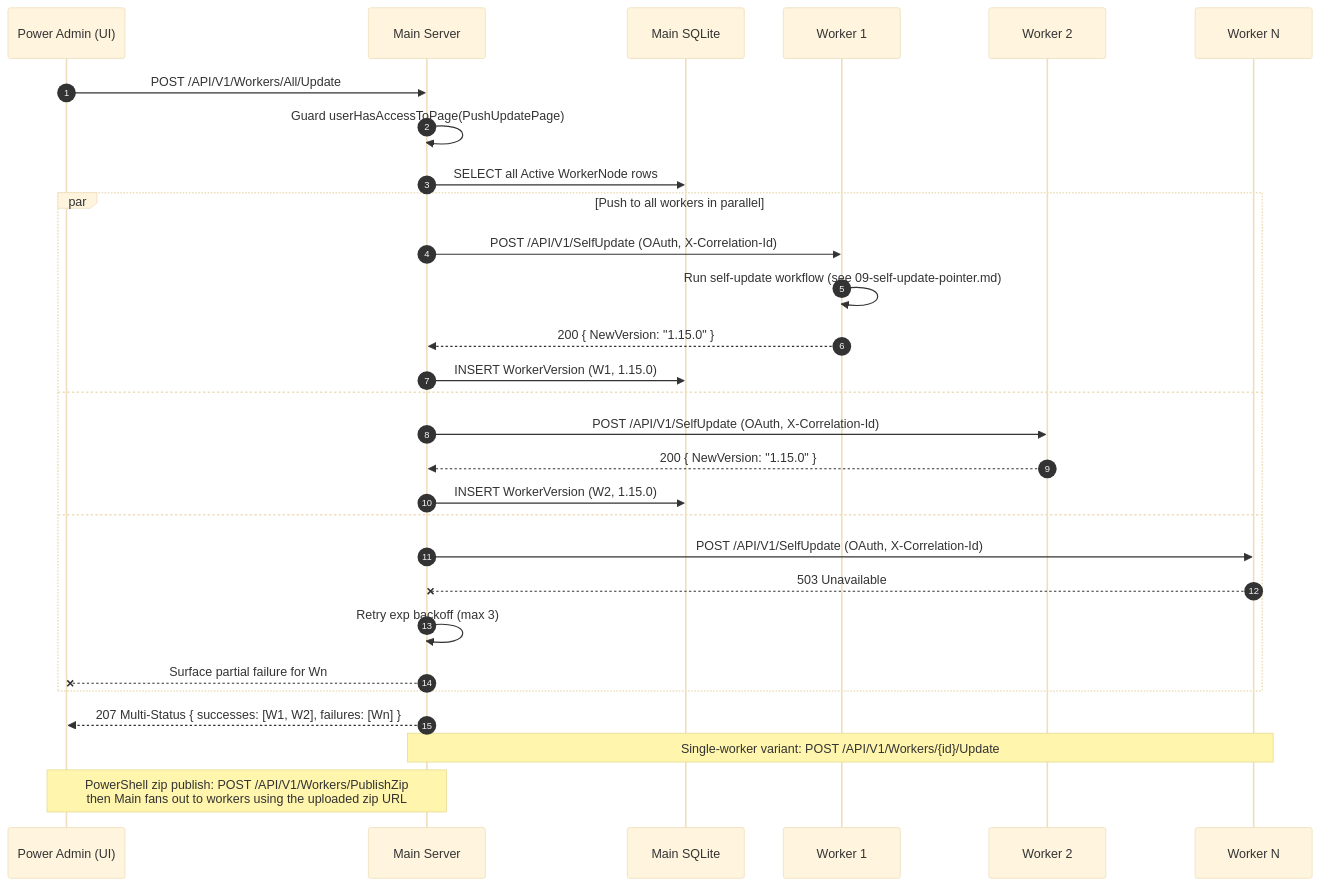
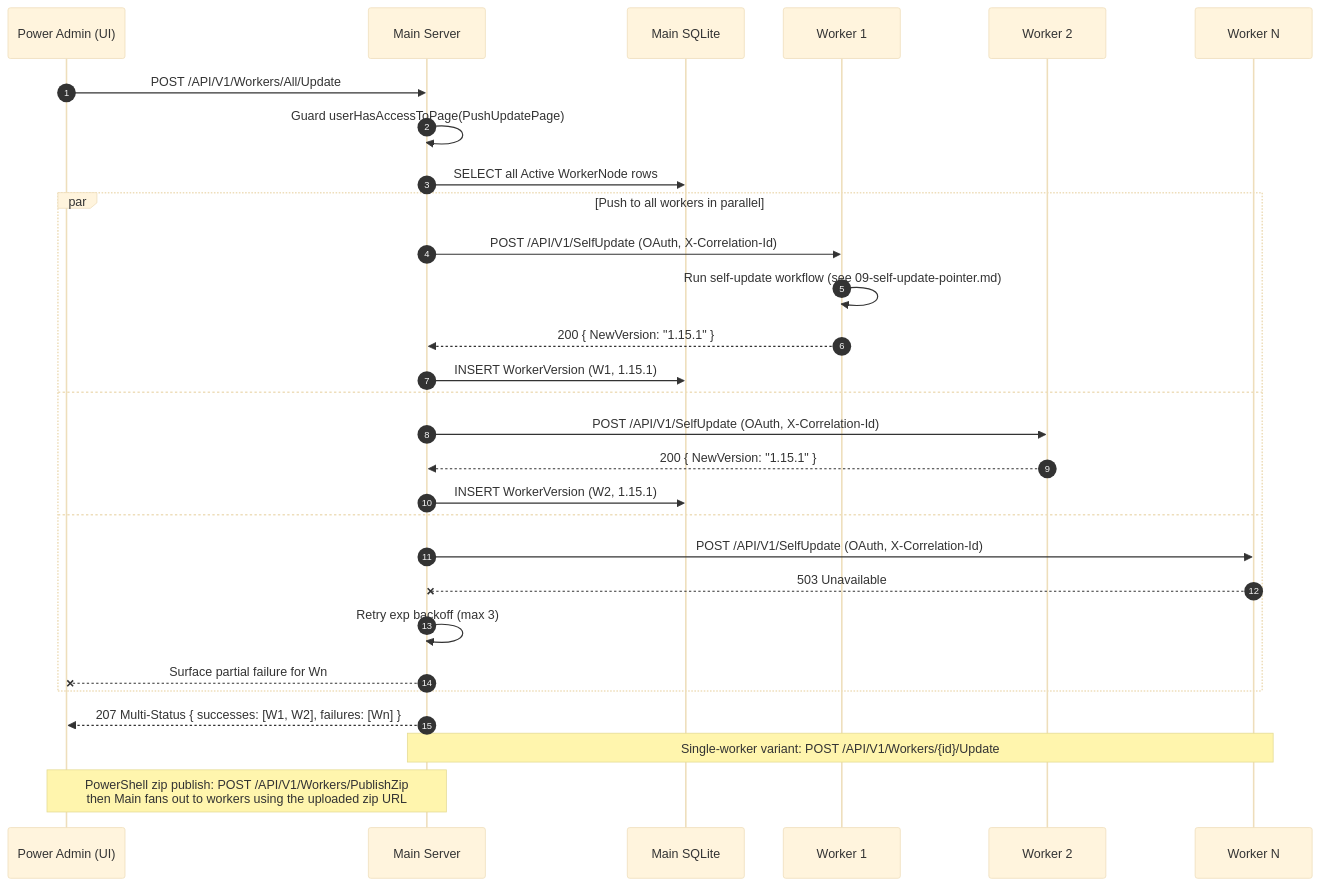
Before and after one commit to alimtvnetwork/prompt-architect-v2: the diagram in spec/19-main-worker-service/diagrams/seq-push-update.mmd, drawn with Mermaid (base theme). The commit also changed 17 other files, not shown here.

```diff
--- a/spec/19-main-worker-service/diagrams/seq-push-update.mmd
+++ b/spec/19-main-worker-service/diagrams/seq-push-update.mmd
@@ -1,43 +1,43 @@
 %% ==========================================================
 %% NON-AUTHORITATIVE PROJECTION
 %% ==========================================================
 %% Subject:        Power-Admin push-update fan-out
 %% Authoritative:  spec/14-update/28-worker-push-instruction.md + spec/19/15-tunable-constants.md
 %% Status:         Illustrative only. If this diagram disagrees
 %%                 with the authoritative spec(s) above, the
 %%                 spec wins and this file is the bug.
 %% Banner version: 1.0.0 (2026-05-04, audit fix #9)
 %% ==========================================================
 sequenceDiagram
     autonumber
     participant Admin as Power Admin (UI)
     participant Main as Main Server
     participant DB as Main SQLite
     participant W1 as Worker 1
     participant W2 as Worker 2
     participant Wn as Worker N
 
     Admin->>Main: POST /API/V1/Workers/All/Update
     Main->>Main: Guard userHasAccessToPage(PushUpdatePage)
     Main->>DB: SELECT all Active WorkerNode rows
 
     par Push to all workers in parallel
         Main->>W1: POST /API/V1/SelfUpdate (OAuth, X-Correlation-Id)
         W1->>W1: Run self-update workflow (see 09-self-update-pointer.md)
-        W1-->>Main: 200 { NewVersion: "1.15.0" }
-        Main->>DB: INSERT WorkerVersion (W1, 1.15.0)
+        W1-->>Main: 200 { NewVersion: "1.15.1" }
+        Main->>DB: INSERT WorkerVersion (W1, 1.15.1)
     and
         Main->>W2: POST /API/V1/SelfUpdate (OAuth, X-Correlation-Id)
-        W2-->>Main: 200 { NewVersion: "1.15.0" }
-        Main->>DB: INSERT WorkerVersion (W2, 1.15.0)
+        W2-->>Main: 200 { NewVersion: "1.15.1" }
+        Main->>DB: INSERT WorkerVersion (W2, 1.15.1)
     and
         Main->>Wn: POST /API/V1/SelfUpdate (OAuth, X-Correlation-Id)
         Wn--xMain: 503 Unavailable
         Main->>Main: Retry exp backoff (max 3)
         Main--xAdmin: Surface partial failure for Wn
     end
 
     Main-->>Admin: 207 Multi-Status { successes: [W1, W2], failures: [Wn] }
 
     Note over Main,Wn: Single-worker variant: POST /API/V1/Workers/{id}/Update
     Note over Admin,Main: PowerShell zip publish: POST /API/V1/Workers/PublishZip<br/>then Main fans out to workers using the uploaded zip URL
```
